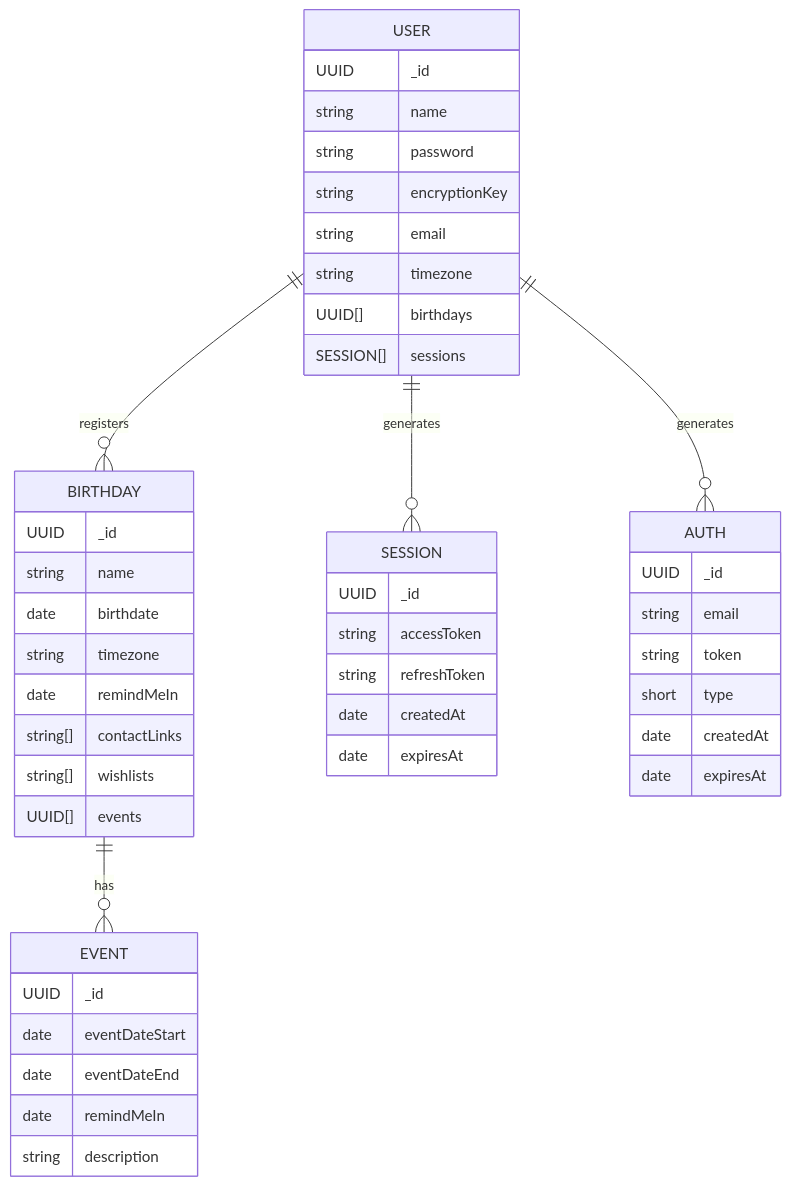
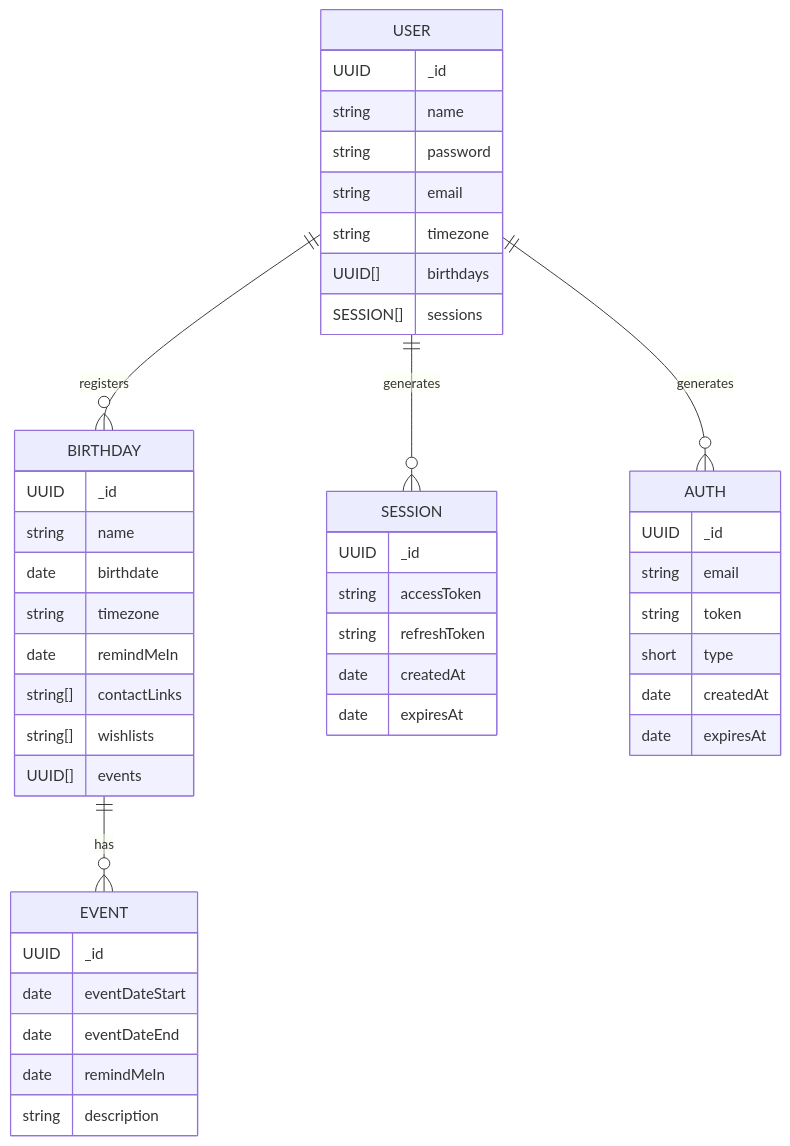
Before and after one commit to DahirVJC/global-birthday-server: the diagram in docs/05-data-model.md, drawn with Mermaid. The commit also changed other lines of this file and 6 other files, not shown here.

`````diff
--- a/docs/05-data-model.md
+++ b/docs/05-data-model.md
@@ -16,54 +16,53 @@
 ````mermaid
 erDiagram
     USER ||--o{ BIRTHDAY : registers
     USER ||--o{ SESSION : generates
     USER ||--o{ AUTH : generates
     BIRTHDAY ||--o{ EVENT : has
 
     USER {
         UUID _id
         string name
         string password
-        string encryptionKey
         string email
         string timezone
         UUID[] birthdays
         SESSION[] sessions
     }
     
     SESSION {
         UUID _id
         string accessToken
         string refreshToken
         date createdAt
         date expiresAt
     }
 
     AUTH {
         UUID _id
         string email
         string token
         short type
         date createdAt
         date expiresAt
     }
 
     BIRTHDAY {
         UUID _id
         string name
         date birthdate
         string timezone
         date remindMeIn
         string[] contactLinks
         string[] wishlists
         UUID[] events
     }
 
     EVENT {
         UUID _id
         date eventDateStart
         date eventDateEnd
         date remindMeIn
         string description
     }
 ````
`````
